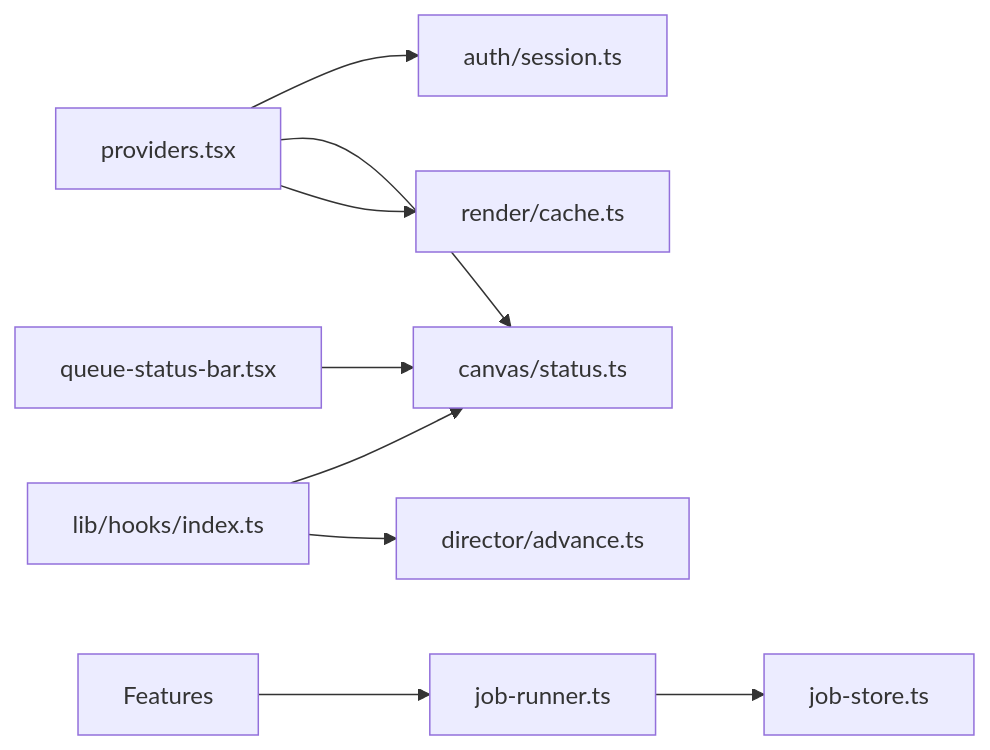
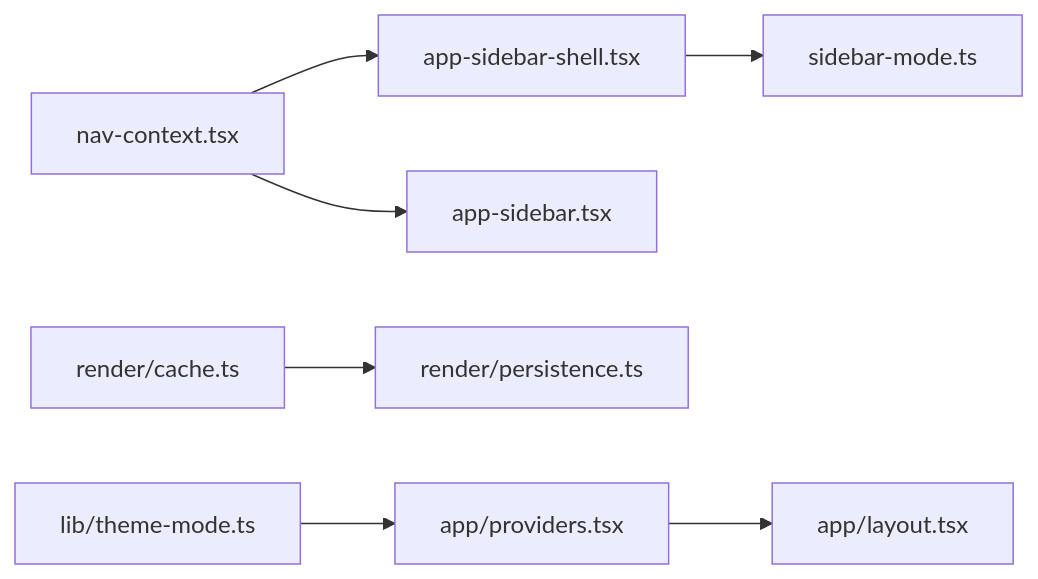
Before and after one commit to scottcwy/PurpleInk: the sixth of 6 diagrams in .qoder/repowiki/zh/content/前端架构/状态管理.md, drawn with Mermaid. The commit also changed other lines of this file and 872 other files, not shown here.

````diff
--- a/.qoder/repowiki/zh/content/前端架构/状态管理.md
+++ b/.qoder/repowiki/zh/content/前端架构/状态管理.md
@@ -232,11 +292,9 @@
 ```mermaid
 graph LR
-Providers["providers.tsx"] --> Auth["auth/session.ts"]
-Providers --> Canvas["canvas/status.ts"]
-Providers --> Render["render/cache.ts"]
-Hooks["lib/hooks/index.ts"] --> Canvas
-Hooks --> Director["director/advance.ts"]
-Components["queue-status-bar.tsx"] --> Canvas
-Features --> JobRunner["job-runner.ts"]
-JobRunner --> JobStore["job-store.ts"]
+NavCtx["nav-context.tsx"] --> SidebarShell["app-sidebar-shell.tsx"]
+NavCtx --> Sidebar["app-sidebar.tsx"]
+SidebarShell --> SidebarMode["sidebar-mode.ts"]
+Cache["render/cache.ts"] --> Persistence["render/persistence.ts"]
+Theme["lib/theme-mode.ts"] --> Providers["app/providers.tsx"]
+Providers --> Layout["app/layout.tsx"]
 ```
````
